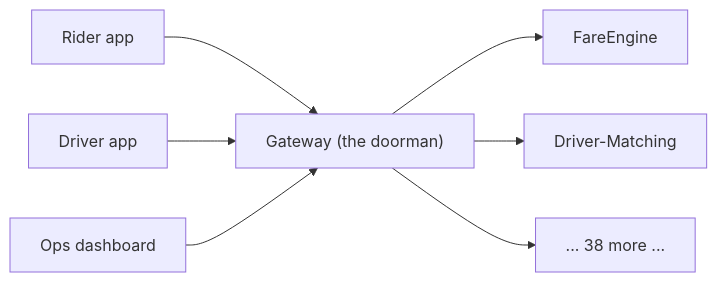
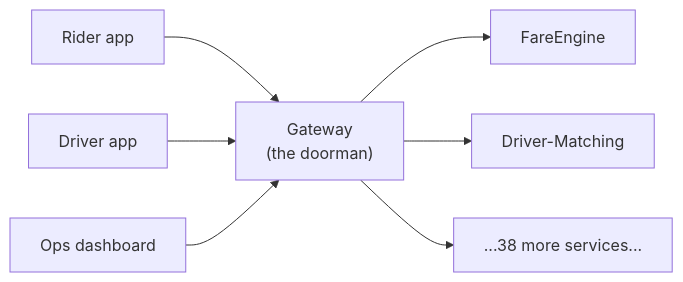
The second of 13 diagrams in system-design/HLD/0-course/64-Design-an-API-Gateway-FAANG-Guide-story.md (riyaz-pasha/Learnings), drawn with Mermaid before and after one commit. The commit also changed other lines of this file and 1 other file, not shown here.

Commit message:
[REWRITE] API Gateway story guide: simplify prose, add structure, fix diagrams

````diff
--- a/system-design/HLD/0-course/64-Design-an-API-Gateway-FAANG-Guide-story.md
+++ b/system-design/HLD/0-course/64-Design-an-API-Gateway-FAANG-Guide-story.md
@@ -86,9 +138,9 @@
 ```mermaid
 flowchart LR
-    Rider2["Rider app"] --> GW["Gateway (the doorman)"]
+    Rider2["Rider app"] --> GW["Gateway<br/>(the doorman)"]
     Driver2["Driver app"] --> GW
     Ops2["Ops dashboard"] --> GW
     GW --> Pricing2["FareEngine"]
     GW --> Match2["Driver-Matching"]
-    GW --> Etc2["... 38 more ..."]
+    GW --> Etc2["...38 more services..."]
 ```
````
